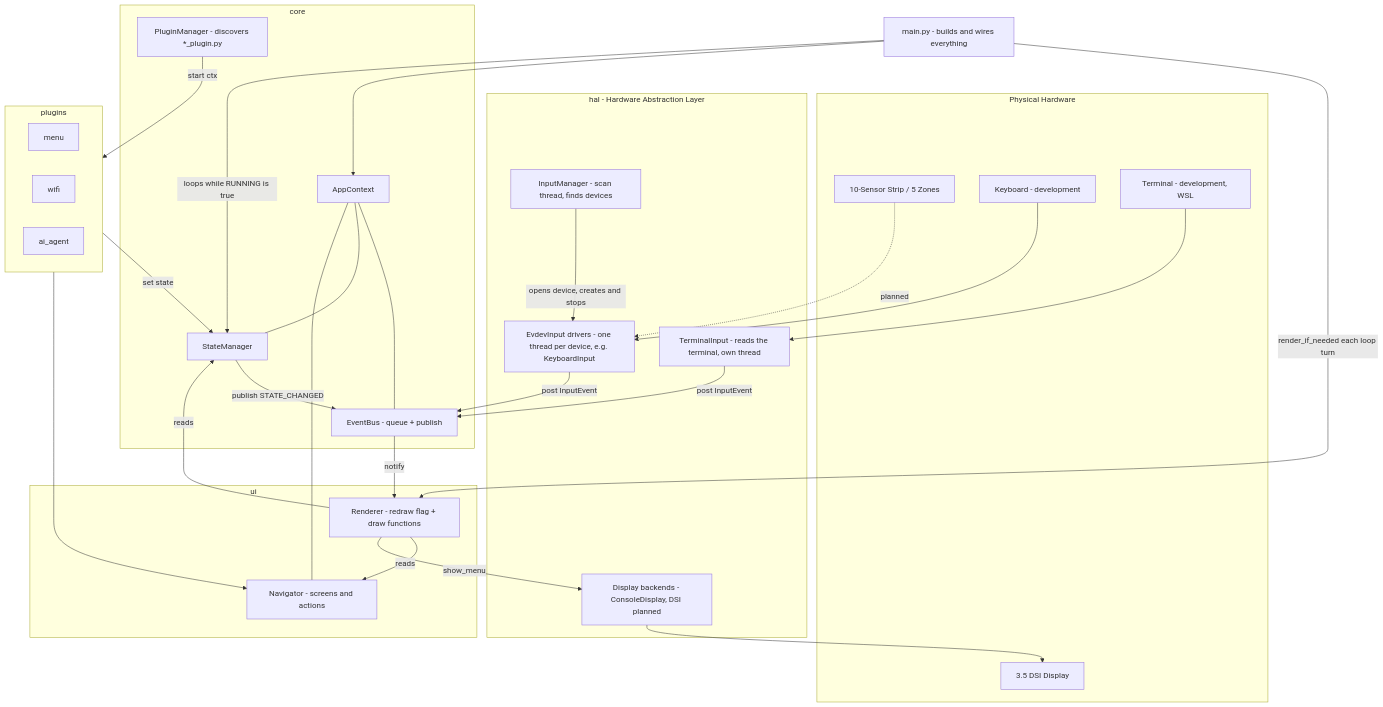
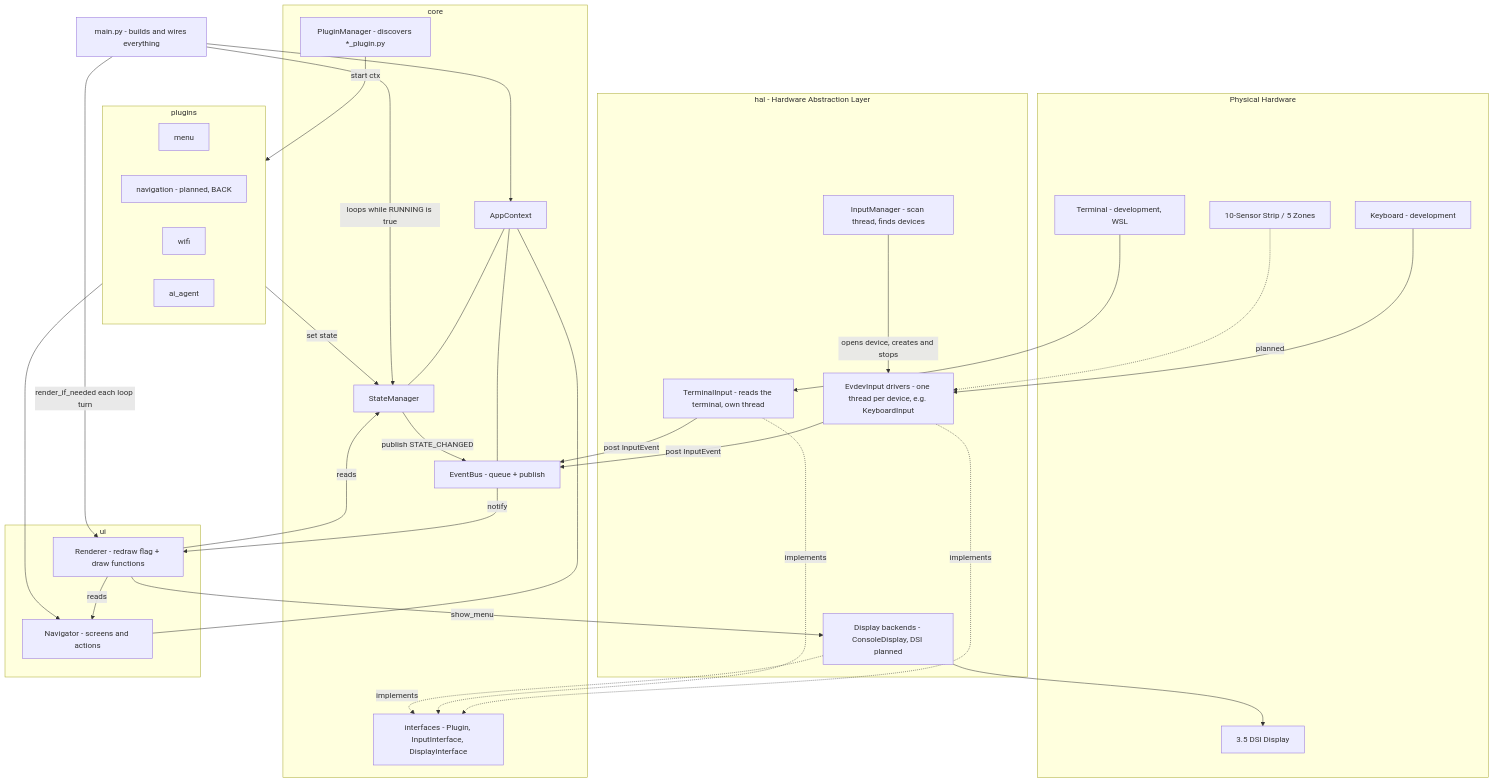
The first of 4 diagrams in docs/architecture.md (A-Dann/Antonino-TuttoFare_PI3bplus), drawn with Mermaid before and after one commit. The commit also changed other lines of this file, not shown here.

Commit message:
docs: describe the new project layout and the interfaces

````diff
--- a/docs/architecture.md
+++ b/docs/architecture.md
@@ -15,58 +15,63 @@
 ```mermaid
 graph TD
     subgraph Hardware [Physical Hardware]
         Display[3.5 DSI Display]
         Strip[10-Sensor Strip / 5 Zones]
         Keyboard[Keyboard - development]
         Term[Terminal - development, WSL]
     end
  
     subgraph HAL [hal - Hardware Abstraction Layer]
         InputManager[InputManager - scan thread, finds devices]
         EvdevDrivers[EvdevInput drivers - one thread per device, e.g. KeyboardInput]
         TermIn[TerminalInput - reads the terminal, own thread]
         HalDisplay[Display backends - ConsoleDisplay, DSI planned]
     end
  
     subgraph Core [core]
         EventBus[EventBus - queue + publish]
         StateMgr[StateManager]
         PluginMgr[PluginManager - discovers *_plugin.py]
         Context[AppContext]
+        Interfaces[interfaces - Plugin, InputInterface, DisplayInterface]
     end
  
     subgraph UI [ui]
         Navigator[Navigator - screens and actions]
         Renderer[Renderer - redraw flag + draw functions]
     end
  
     subgraph Plugins [plugins]
         Menu[menu]
+        Nav[navigation - planned, BACK]
         Wifi[wifi]
         AiAgent[ai_agent]
     end
  
     Main[main.py - builds and wires everything]
  
     Keyboard --> EvdevDrivers
     Strip -.->|planned| EvdevDrivers
     Term --> TermIn
     InputManager -->|opens device, creates and stops| EvdevDrivers
     EvdevDrivers -->|post InputEvent| EventBus
     TermIn -->|post InputEvent| EventBus
     Main --> Context
     Context --- EventBus
     Context --- StateMgr
     Context --- Navigator
     PluginMgr -->|start ctx| Plugins
+    EvdevDrivers -.->|implements| Interfaces
+    TermIn -.->|implements| Interfaces
+    HalDisplay -.->|implements| Interfaces
     Plugins -->|set state| StateMgr
     Plugins --> Navigator
     StateMgr -->|publish STATE_CHANGED| EventBus
     EventBus -->|notify| Renderer
     Renderer -->|reads| StateMgr
     Renderer -->|reads| Navigator
     Main -->|render_if_needed each loop turn| Renderer
     Main -->|loops while RUNNING is true| StateMgr
     Renderer -->|show_menu| HalDisplay
     HalDisplay --> Display
 ```
````
